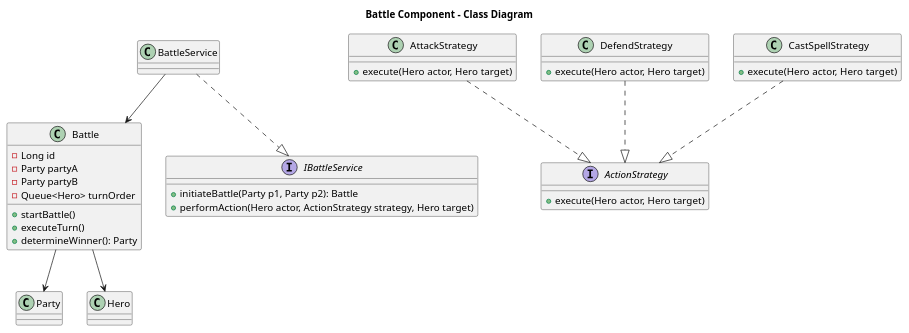
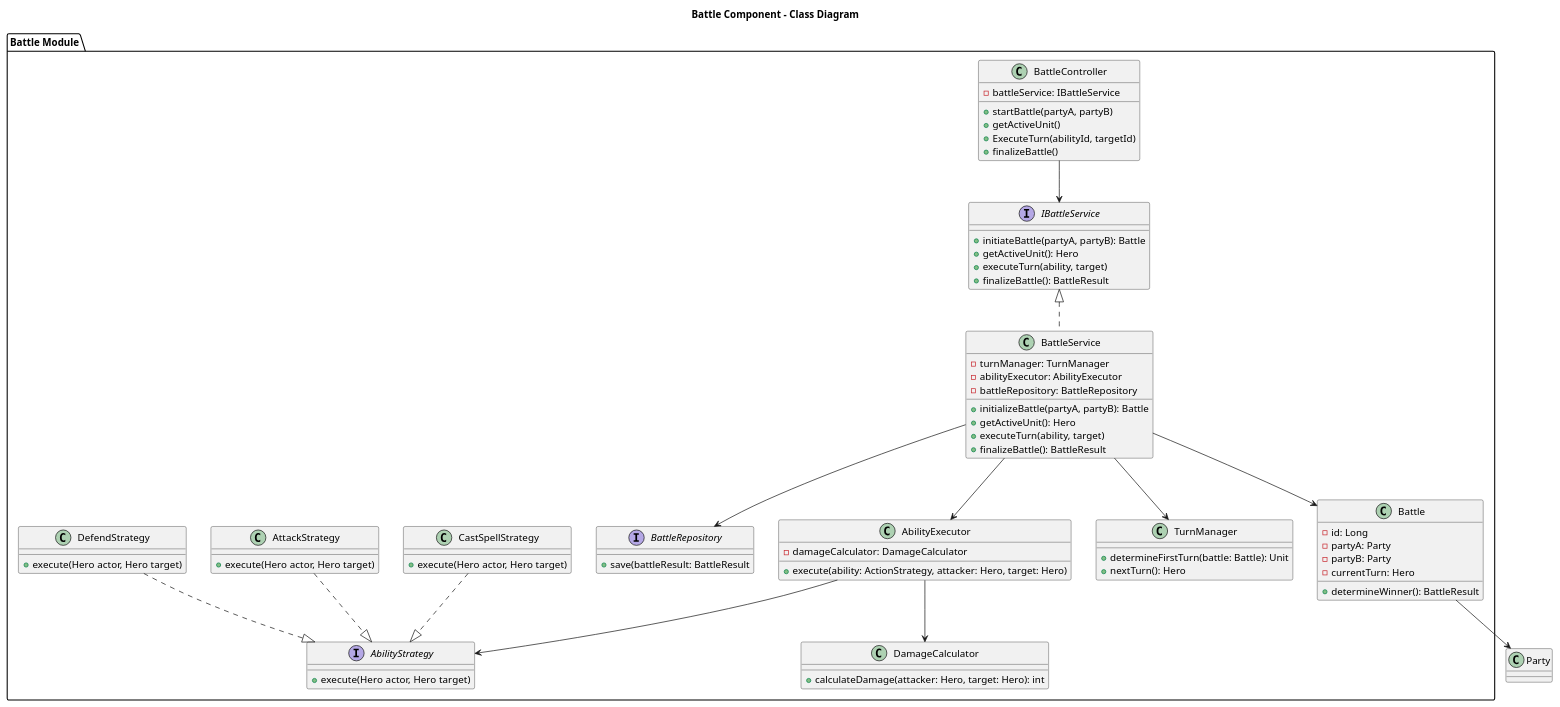
One commit to MohammedPatel-yorku/LegendsOfSwordAndWand changed the diagram in Class Diagram/Battle Component Class Diagram.puml. Above: the diagram before and after it, drawn with PlantUML. The commit also changed 7 other files, not shown here.

Commit message:
Diagram Adjustments

```diff
--- a/Class Diagram/Battle Component Class Diagram.puml
+++ b/Class Diagram/Battle Component Class Diagram.puml
@@ -1,45 +1,91 @@
 @startuml
 'https://plantuml.com/class-diagram
 
 title Battle Component - Class Diagram
 
-class Battle {
-    - Long id
-    - Party partyA
-    - Party partyB
-    - Queue<Hero> turnOrder
-    + startBattle()
-    + executeTurn()
-    + determineWinner(): Party
+package "Battle Module" {
+
+    class BattleController {
+        - battleService: IBattleService
+        + startBattle(partyA, partyB)
+        + getActiveUnit()
+        + ExecuteTurn(abilityId, targetId)
+        + finalizeBattle()
+    }
+
+    interface IBattleService {
+        + initiateBattle(partyA, partyB): Battle
+        + getActiveUnit(): Hero
+        + executeTurn(ability, target)
+        + finalizeBattle(): BattleResult
+    }
+
+    class BattleService implements IBattleService {
+        - turnManager: TurnManager
+        - abilityExecutor: AbilityExecutor
+        - battleRepository: BattleRepository
+        + initializeBattle(partyA, partyB): Battle
+        + getActiveUnit(): Hero
+        + executeTurn(ability, target)
+        + finalizeBattle(): BattleResult
+    }
+
+    class Battle {
+        - id: Long
+        - partyA: Party
+        - partyB: Party
+        - currentTurn: Hero
+        + determineWinner(): BattleResult
+    }
+
+    class TurnManager {
+        + determineFirstTurn(battle: Battle): Unit
+        + nextTurn(): Hero
+    }
+
+    class AbilityExecutor {
+        - damageCalculator: DamageCalculator
+        + execute(ability: ActionStrategy, attacker: Hero, target: Hero)
+    }
+
+    class DamageCalculator {
+        + calculateDamage(attacker: Hero, target: Hero): int
+    }
+
+    interface AbilityStrategy {
+        + execute(Hero actor, Hero target)
+    }
+
+    class AttackStrategy {
+        + execute(Hero actor, Hero target)
+    }
+
+    class DefendStrategy {
+        + execute(Hero actor, Hero target)
+    }
+
+    class CastSpellStrategy {
+        + execute(Hero actor, Hero target)
+    }
+
+    interface BattleRepository {
+        + save(battleResult: BattleResult
+    }
+
 }
 
-interface ActionStrategy {
-    + execute(Hero actor, Hero target)
-}
 
-class AttackStrategy {
-    + execute(Hero actor, Hero target)
-}
+AttackStrategy ..|> AbilityStrategy
+DefendStrategy ..|> AbilityStrategy
+CastSpellStrategy ..|> AbilityStrategy
 
-class DefendStrategy {
-    + execute(Hero actor, Hero target)
-}
-
-class CastSpellStrategy {
-    + execute(Hero actor, Hero target)
-}
-
-interface IBattleService {
-    + initiateBattle(Party p1, Party p2): Battle
-    + performAction(Hero actor, ActionStrategy strategy, Hero target)
-}
-
+BattleController --> IBattleService
+BattleService --> TurnManager
+BattleService --> AbilityExecutor
+BattleService --> BattleRepository
+AbilityExecutor --> DamageCalculator
+AbilityExecutor --> AbilityStrategy
+BattleService --> Battle
 Battle --> Party
-Battle --> Hero
-BattleService ..|> IBattleService
-BattleService --> Battle
-AttackStrategy ..|> ActionStrategy
-DefendStrategy ..|> ActionStrategy
-CastSpellStrategy ..|> ActionStrategy
 
 @enduml
```
